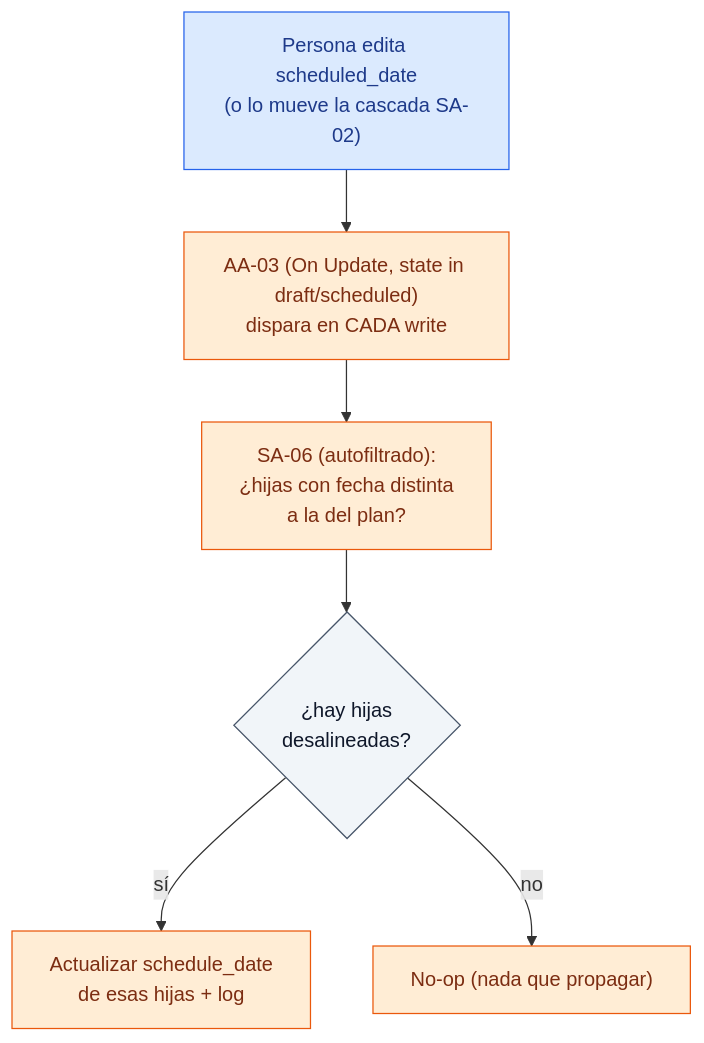
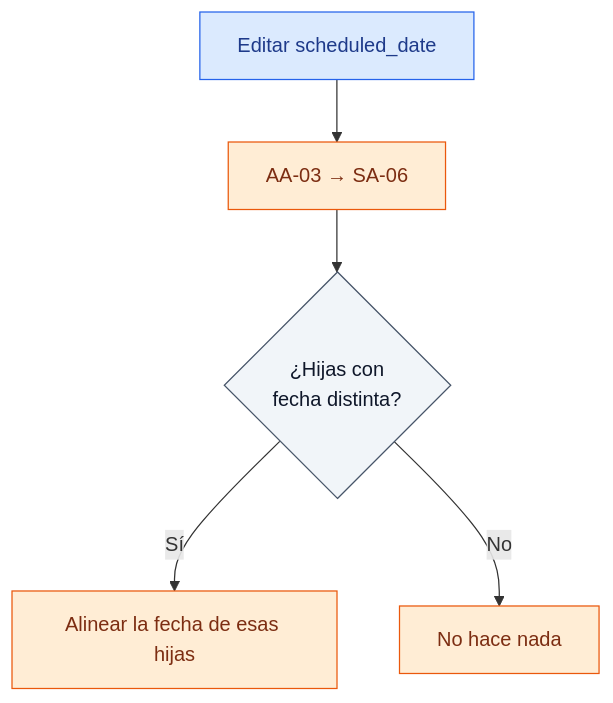
One commit to dcuerowe/odoo_con_mantenciones changed diagram 12 of 18 in maintenance_plan/PROCESOS_Y_FLUJOS.md. Above: the diagram before and after it, drawn with Mermaid. The commit also changed other lines of this file and 1 other file, not shown here.

Commit message:
Cambios dentro de maintenance_plan

````diff
--- a/maintenance_plan/PROCESOS_Y_FLUJOS.md
+++ b/maintenance_plan/PROCESOS_Y_FLUJOS.md
@@ -331,15 +357,14 @@
 ```mermaid
 flowchart TD
-    A["Persona edita scheduled_date<br/>(o lo mueve la cascada SA-02)"]:::manual
-    B["AA-03 (On Update, state in draft/scheduled)<br/>dispara en CADA write"]:::auto
-    C["SA-06 (autofiltrado):<br/>¿hijas con fecha distinta<br/>a la del plan?"]:::auto
-    D{"¿hay hijas<br/>desalineadas?"}:::dec
-    E["Actualizar schedule_date<br/>de esas hijas + log"]:::auto
-    F["No-op (nada que propagar)"]:::auto
-    A --> B --> C --> D
-    D -->|sí| E
-    D -->|no| F
+    A["Editar scheduled_date"]:::manual
+    B["AA-03 → SA-06"]:::auto
+    D{"¿Hijas con<br/>fecha distinta?"}:::dec
+    E["Alinear la fecha de esas hijas"]:::auto
+    F["No hace nada"]:::auto
+    A --> B --> D
+    D -->|Sí| E
+    D -->|No| F
     classDef manual fill:#dbeafe,stroke:#2563eb,color:#1e3a8a;
     classDef auto fill:#ffedd5,stroke:#ea580c,color:#7c2d12;
     classDef dec fill:#f1f5f9,stroke:#475569,color:#0f172a;
 ```
````
